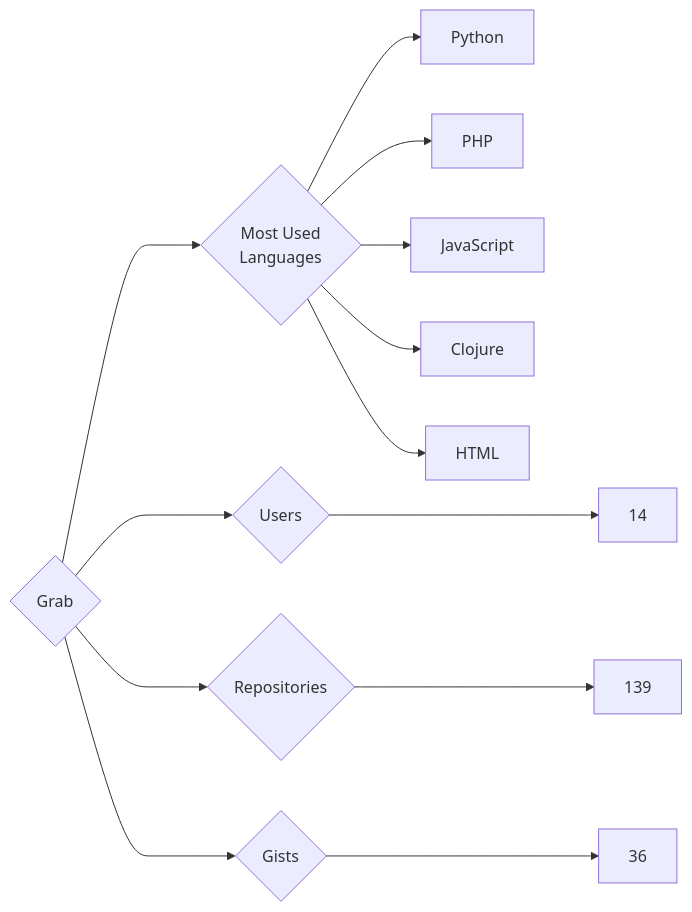
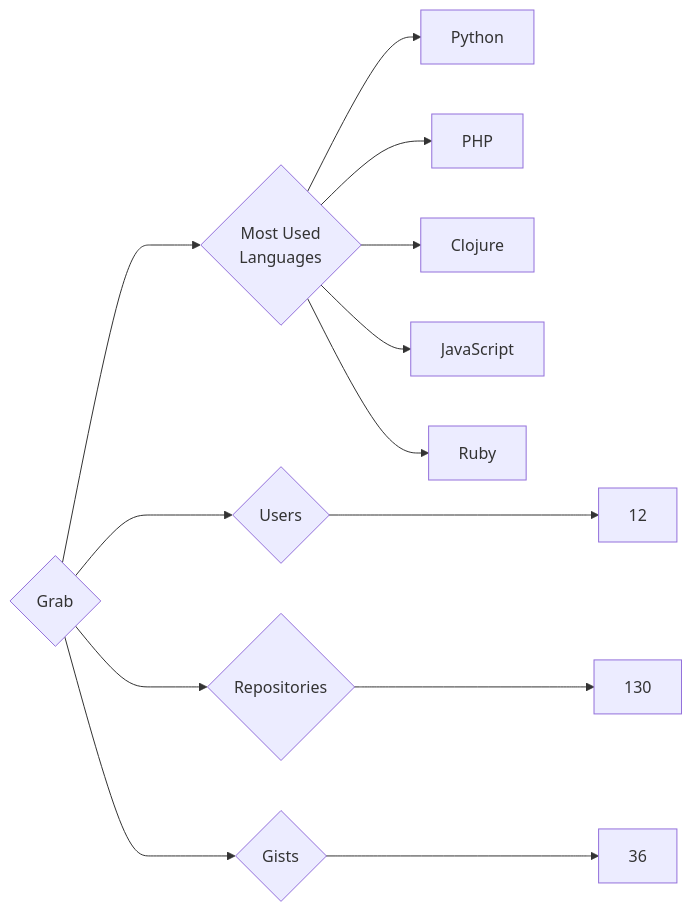
One commit to trickest/insiders changed the diagram in targets/Grab/README.md. Above: the diagram before and after it, drawn with Mermaid. The commit also changed 899 other files, not shown here.

````diff
--- a/targets/Grab/README.md
+++ b/targets/Grab/README.md
@@ -3,13 +3,13 @@
 ```mermaid
 graph LR
 COMPANY_NAME{Grab}
-COMPANY_NAME ---> U{Users} ---> UN[14]
-COMPANY_NAME ---> R{Repositories} ---> RN[139]
+COMPANY_NAME ---> U{Users} ---> UN[12]
+COMPANY_NAME ---> R{Repositories} ---> RN[130]
 COMPANY_NAME ---> G{Gists} ---> GN[36]
 COMPANY_NAME ---> ML{Most Used<br>Languages}
 ML --> Python[Python]
 ML --> PHP[PHP]
+ML --> Clojure[Clojure]
 ML --> JavaScript[JavaScript]
-ML --> Clojure[Clojure]
-ML --> HTML[HTML]
+ML --> Ruby[Ruby]
 ```
````
